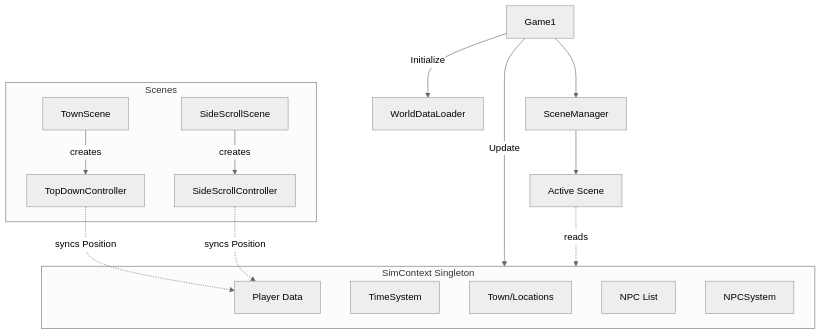
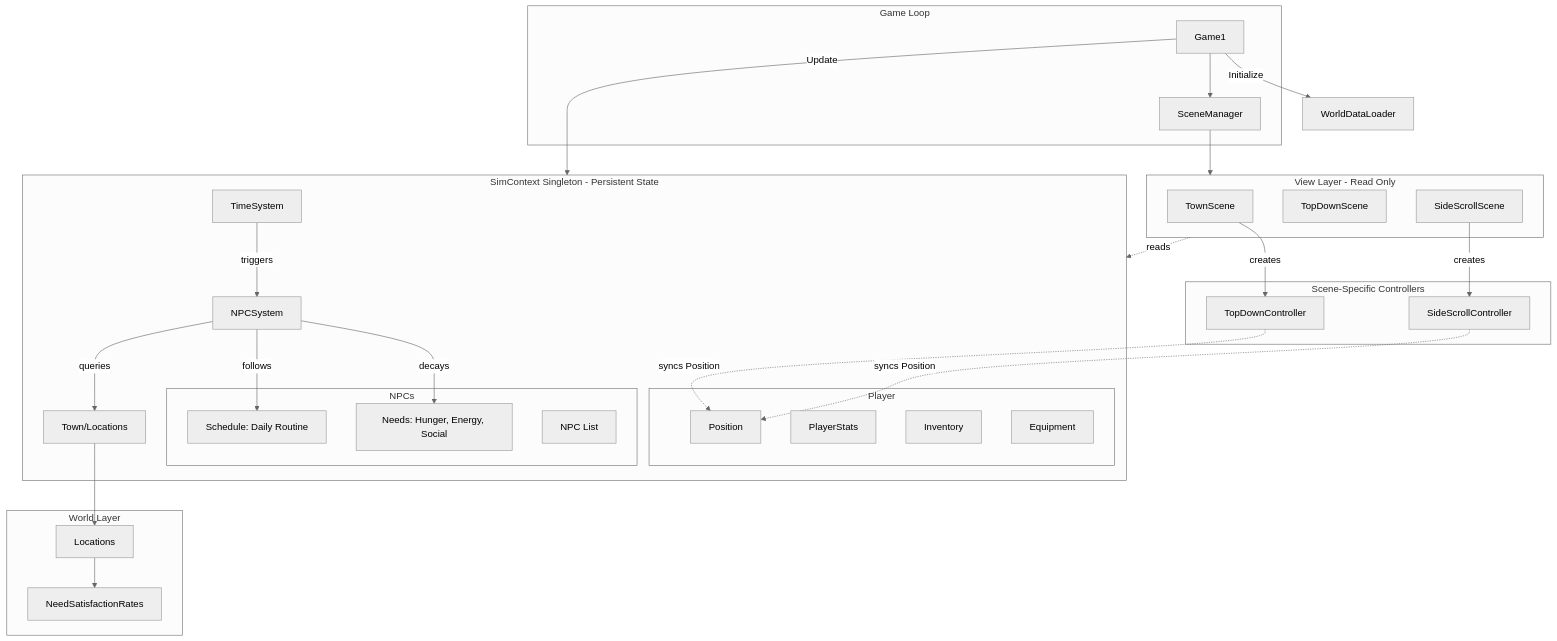
The diagram in ARCHITECTURE.md (seitingeralexander/openworld-jumpandrun), drawn with Mermaid (neutral theme) before and after one commit.

Commit message:
update architecture diagram

````diff
--- a/ARCHITECTURE.md
+++ b/ARCHITECTURE.md
@@ -15,25 +15,62 @@
 ```mermaid
 graph TD
-    subgraph SimContext [SimContext Singleton]
-        P[Player Data]
+    subgraph Game [Game Loop]
+        G[Game1]
+        SM[SceneManager]
+    end
+
+    subgraph SimContext [SimContext Singleton - Persistent State]
+        subgraph PlayerData [Player]
+            P[Position]
+            PS[PlayerStats]
+            INV[Inventory]
+            EQ[Equipment]
+        end
+        
+        subgraph NPCData [NPCs]
+            NPC1[NPC List]
+            Needs[Needs: Hunger, Energy, Social]
+            Schedule[Schedule: Daily Routine]
+        end
+        
         TS[TimeSystem]
+        NS[NPCSystem]
         T[Town/Locations]
-        NPCs[NPC List]
-        NS[NPCSystem]
     end
-    
-    G[Game1] -->|Update| SimContext
+
+    subgraph World [World Layer]
+        LOC[Locations]
+        RATES[NeedSatisfactionRates]
+    end
+
+    subgraph Scenes [View Layer - Read Only]
+        TS2[TownScene]
+        TDS[TopDownScene]
+        SSS[SideScrollScene]
+    end
+
+    subgraph Controllers [Scene-Specific Controllers]
+        TPV[TopDownController]
+        SPV[SideScrollController]
+    end
+
     G -->|Initialize| WDL[WorldDataLoader]
-    
-    G --> SM[SceneManager]
-    SM --> S[Active Scene]
-    S -.->|reads| SimContext
-    
-    subgraph Scenes
-        TS2[TownScene] -->|creates| TPV[TopDownController]
-        SSS[SideScrollScene] -->|creates| SPV[SideScrollController]
-    end
+    G -->|Update| SimContext
+    G --> SM
+    SM --> Scenes
+
+    NS -->|decays| Needs
+    NS -->|follows| Schedule
+    NS -->|queries| T
+    TS -->|triggers| NS
+
+    TS2 -->|creates| TPV
+    SSS -->|creates| SPV
     
     TPV -.->|syncs Position| P
     SPV -.->|syncs Position| P
+    
+    Scenes -.->|reads| SimContext
+    T --> LOC
+    LOC --> RATES
 ```
````
